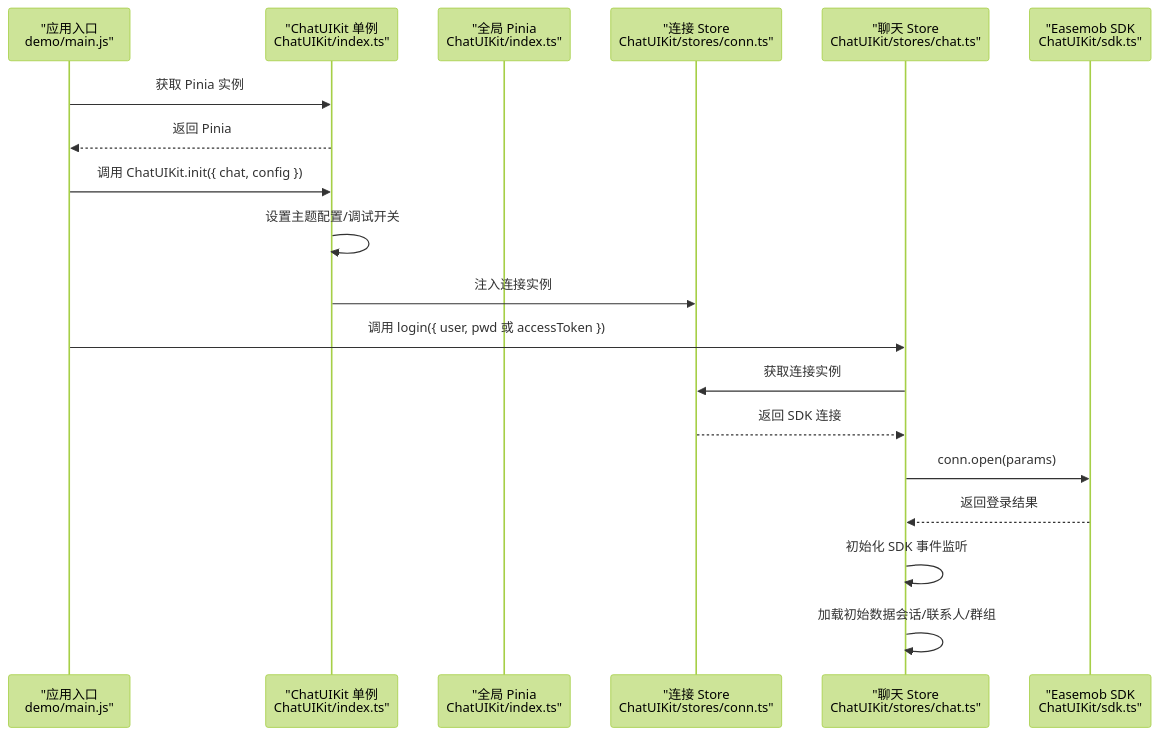
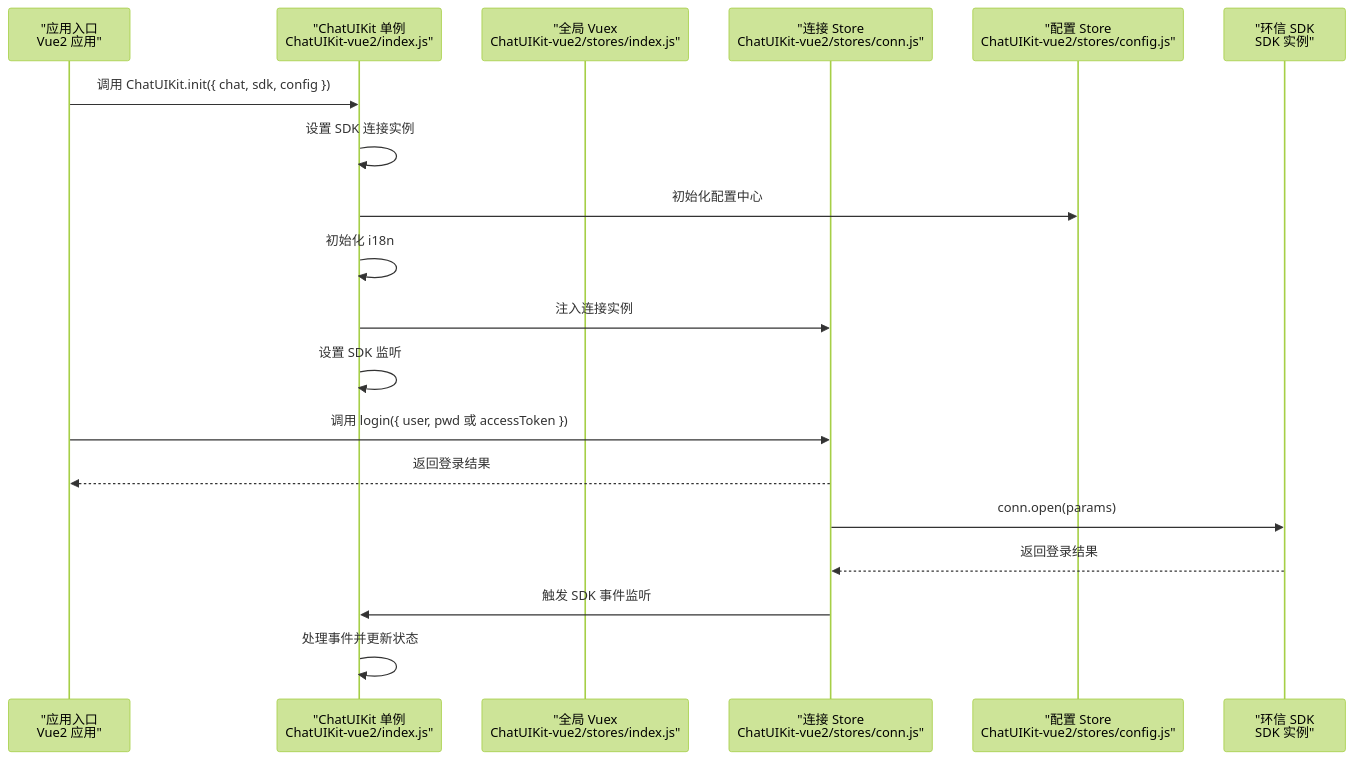
The second of 8 diagrams in .qoder/repowiki/zh/content/API参考/API参考.md (Easemob-Community/easemob-uikit-uniapp-community), drawn with Mermaid (forest theme) before and after one commit. The commit also changed other lines of this file and 14 other files, not shown here.

First line of the commit message:
docs(vue2): 添加平台兼容性说明，强调仅支持 H5/App/微信小程序

````diff
--- a/.qoder/repowiki/zh/content/API参考/API参考.md
+++ b/.qoder/repowiki/zh/content/API参考/API参考.md
@@ -152,21 +146,21 @@
 ```mermaid
 sequenceDiagram
-participant App as "应用入口<br/>demo/main.js"
-participant UIKit as "ChatUIKit 单例<br/>ChatUIKit/index.ts"
-participant Pinia as "全局 Pinia<br/>ChatUIKit/index.ts"
-participant Conn as "连接 Store<br/>ChatUIKit/stores/conn.ts"
-participant Chat as "聊天 Store<br/>ChatUIKit/stores/chat.ts"
-participant SDK as "Easemob SDK<br/>ChatUIKit/sdk.ts"
-App->>UIKit : 获取 Pinia 实例
-UIKit-->>App : 返回 Pinia
-App->>UIKit : 调用 ChatUIKit.init({ chat, config })
-UIKit->>UIKit : 设置主题配置/调试开关
+participant App as "应用入口<br/>Vue2 应用"
+participant UIKit as "ChatUIKit 单例<br/>ChatUIKit-vue2/index.js"
+participant Vuex as "全局 Vuex<br/>ChatUIKit-vue2/stores/index.js"
+participant Conn as "连接 Store<br/>ChatUIKit-vue2/stores/conn.js"
+participant Config as "配置 Store<br/>ChatUIKit-vue2/stores/config.js"
+participant SDK as "环信 SDK<br/>SDK 实例"
+App->>UIKit : 调用 ChatUIKit.init({ chat, sdk, config })
+UIKit->>UIKit : 设置 SDK 连接实例
+UIKit->>Config : 初始化配置中心
+UIKit->>UIKit : 初始化 i18n
 UIKit->>Conn : 注入连接实例
-App->>Chat : 调用 login({ user, pwd 或 accessToken })
-Chat->>Conn : 获取连接实例
-Conn-->>Chat : 返回 SDK 连接
-Chat->>SDK : conn.open(params)
-SDK-->>Chat : 返回登录结果
-Chat->>Chat : 初始化 SDK 事件监听
-Chat->>Chat : 加载初始数据会话/联系人/群组
+UIKit->>UIKit : 设置 SDK 监听
+App->>Conn : 调用 login({ user, pwd 或 accessToken })
+Conn-->>App : 返回登录结果
+Conn->>SDK : conn.open(params)
+SDK-->>Conn : 返回登录结果
+Conn->>UIKit : 触发 SDK 事件监听
+UIKit->>UIKit : 处理事件并更新状态
 ```
````
